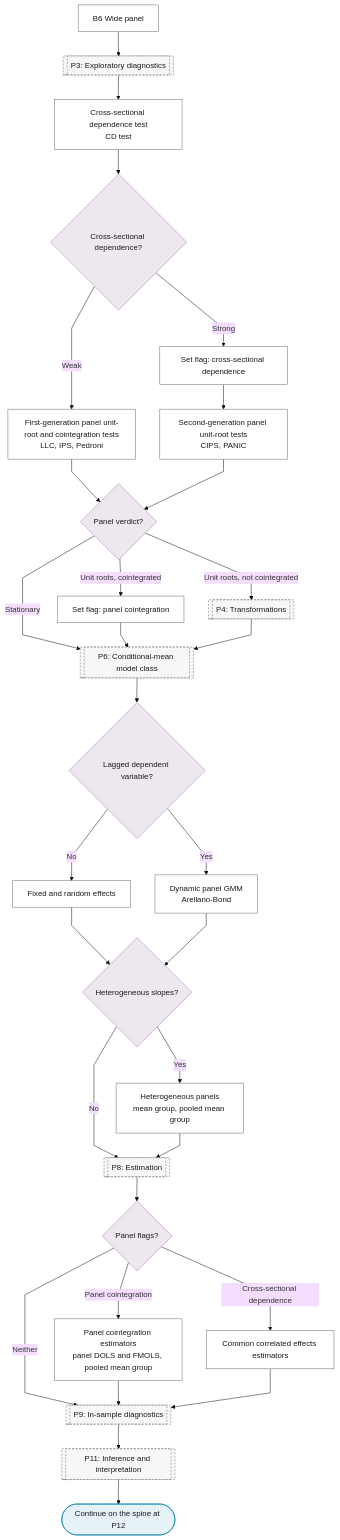
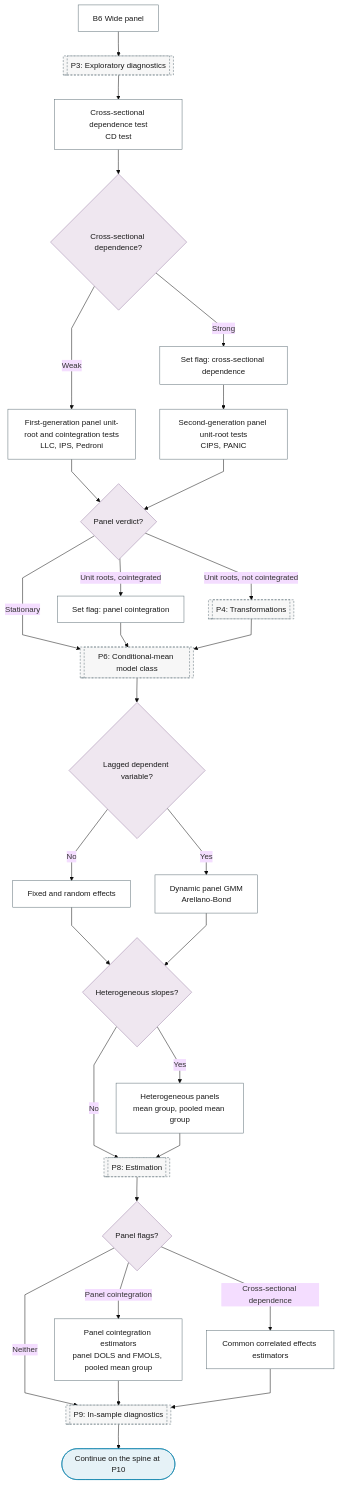
The diagram in docs/reference/32-panel-time-series/index.md (Shuxin-Y/time-series-analysis-manual), drawn with Mermaid (base theme) before and after one commit.

Commit message:
fix(b6): the wide-panel branch returns to the spine at P10
It went from P9 to P11 and P12, so a panel forecaster skipped
out-of-sample evaluation, the baselines and the selection.

````diff
--- a/docs/reference/32-panel-time-series/index.md
+++ b/docs/reference/32-panel-time-series/index.md
@@ -7,41 +7,40 @@
 ```mermaid
 %%{init: {"flowchart": {"curve": "linear"}}}%%
 graph TD
     B6["B6 Wide panel"] --> P3[["P3: Exploratory diagnostics"]]
     P3 --> B6_CROSS_SECTION_DEPENDENCE["Cross-sectional dependence test<br/>CD test"]
     B6_CROSS_SECTION_DEPENDENCE --> B6_CD{"Cross-sectional dependence?"}
     B6_CD -->|"Weak"| B6_PANEL_UNIT_ROOT["First-generation panel unit-root and cointegration tests<br/>LLC, IPS, Pedroni"]
     B6_CD -->|"Strong"| B6_CD_FLAG["Set flag: cross-sectional dependence"]
     B6_CD_FLAG --> B6_SECOND_GENERATION["Second-generation panel unit-root tests<br/>CIPS, PANIC"]
     B6_PANEL_UNIT_ROOT & B6_SECOND_GENERATION --> B6_VERDICT{"Panel verdict?"}
     B6_VERDICT -->|"Unit roots, cointegrated"| B6_COINT_FLAG["Set flag: panel cointegration"]
     B6_VERDICT -->|"Unit roots, not cointegrated"| P4[["P4: Transformations"]]
     B6_VERDICT -->|"Stationary"| P6
     B6_COINT_FLAG & P4 --> P6[["P6: Conditional-mean model class"]]
     P6 --> B6_DYNAMIC{"Lagged dependent variable?"}
     B6_DYNAMIC -->|"No"| B6_STATIC_PANEL["Fixed and random effects"]
     B6_DYNAMIC -->|"Yes"| B6_DYNAMIC_PANEL["Dynamic panel GMM<br/>Arellano-Bond"]
     B6_STATIC_PANEL & B6_DYNAMIC_PANEL --> B6_HETERO{"Heterogeneous slopes?"}
     B6_HETERO -->|"Yes"| B6_HETEROGENEOUS["Heterogeneous panels<br/>mean group, pooled mean group"]
     B6_HETERO -->|"No"| P8
     B6_HETEROGENEOUS --> P8[["P8: Estimation"]]
     P8 --> B6_ESTIMATOR{"Panel flags?"}
     B6_ESTIMATOR -->|"Panel cointegration"| B6_PANEL_COINTEGRATION["Panel cointegration estimators<br/>panel DOLS and FMOLS, pooled mean group"]
     B6_ESTIMATOR -->|"Cross-sectional dependence"| B6_CCE["Common correlated effects estimators"]
     B6_ESTIMATOR -->|"Neither"| P9
     B6_PANEL_COINTEGRATION & B6_CCE --> P9[["P9: In-sample diagnostics"]]
-    P9 --> P11[["P11: Inference and interpretation"]]
-    P11 --> B6_OUT(["Continue on the spine at P12"])
+    P9 --> B6_OUT(["Continue on the spine at P10"])
     class B6_OUT terminator
     class B6_CD,B6_VERDICT,B6_DYNAMIC,B6_HETERO,B6_ESTIMATOR decision
     class B6,B6_CROSS_SECTION_DEPENDENCE,B6_PANEL_UNIT_ROOT,B6_CD_FLAG,B6_SECOND_GENERATION,B6_COINT_FLAG,B6_STATIC_PANEL,B6_DYNAMIC_PANEL,B6_HETEROGENEOUS,B6_PANEL_COINTEGRATION,B6_CCE process
-    class P3,P4,P6,P8,P9,P11 ref
+    class P3,P4,P6,P8,P9 ref
     classDef terminator fill:#E6F2F7,stroke:#007BA7,color:#1A1A1A;
     classDef process fill:#FFFFFF,stroke:#5A6B73,color:#1A1A1A;
     classDef decision fill:#EFE7F0,stroke:#9B7FA7,color:#1A1A1A;
     classDef data fill:#FFF4E0,stroke:#C9A55E,color:#1A1A1A;
     classDef good fill:#DCEFD8,stroke:#4A7A3F,color:#1A1A1A;
     classDef escalate fill:#FFE9C2,stroke:#C9A55E,color:#1A1A1A;
     classDef problem fill:#F2D9DE,stroke:#800020,color:#1A1A1A;
     classDef ref fill:#F7F7F7,stroke:#5A6B73,color:#1A1A1A,stroke-dasharray:4 3;
 ```
````
